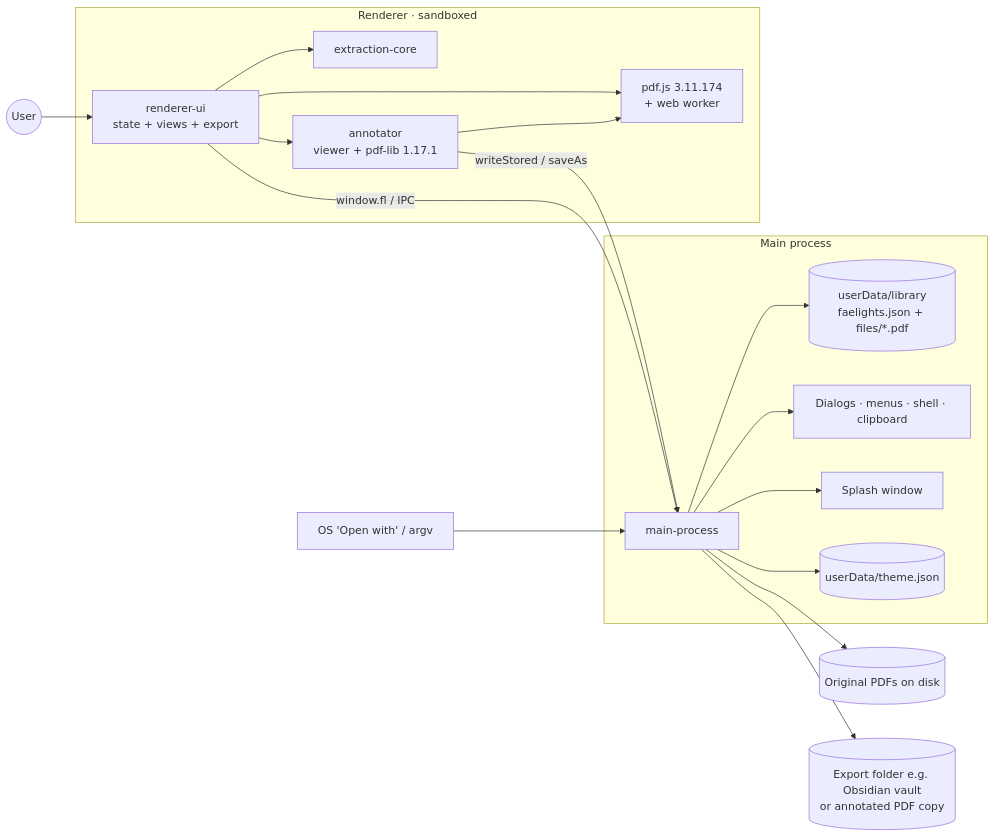
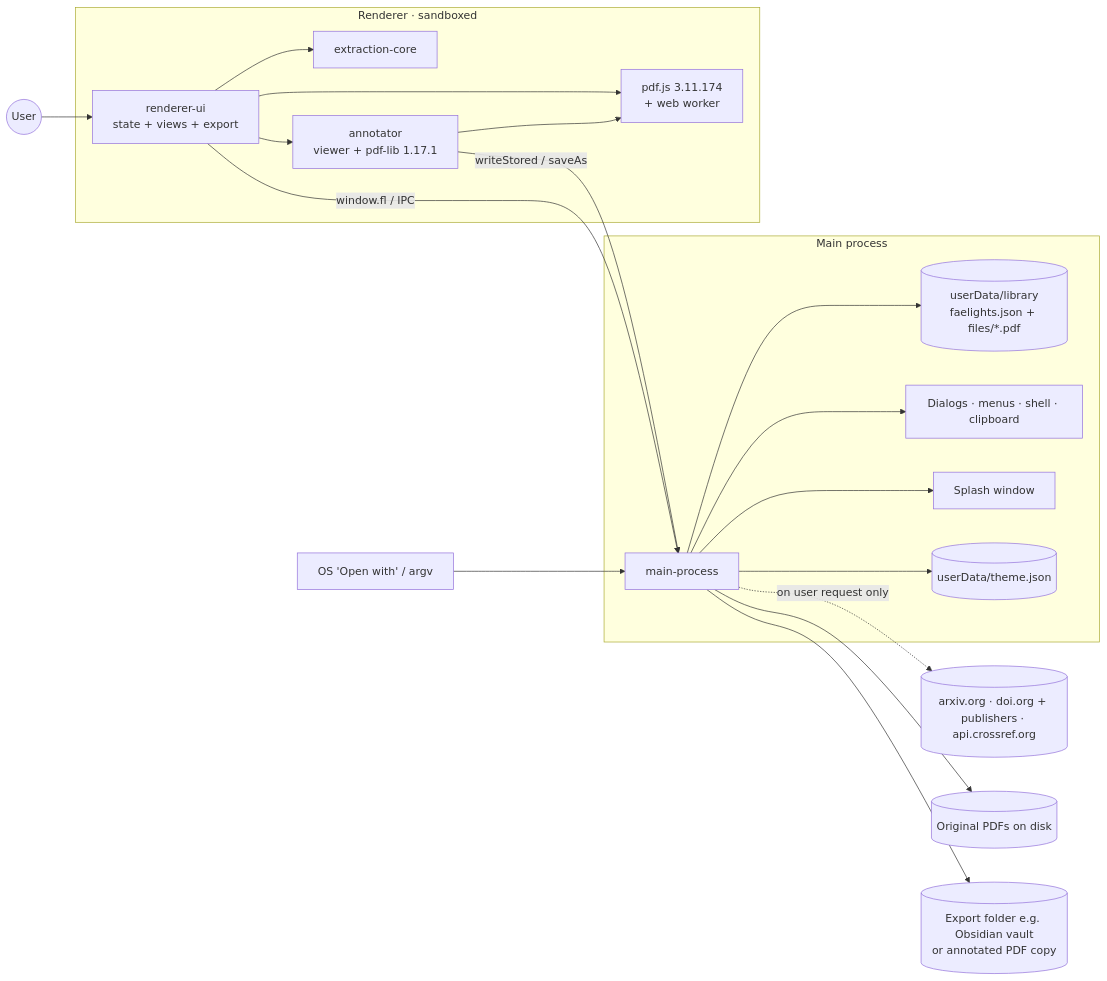
Before and after one commit to Lefarious/Faelights: the diagram in docs/PROJECT_COMPASS.md, drawn with Mermaid. The commit also changed other lines of this file and 7 other files, not shown here.

````diff
--- a/docs/PROJECT_COMPASS.md
+++ b/docs/PROJECT_COMPASS.md
@@ -23,21 +23,22 @@
 ```mermaid
 flowchart LR
   user((User)) --> UI
   subgraph Renderer [Renderer · sandboxed]
     UI[renderer-ui<br/>state + views + export] --> CORE[extraction-core]
     UI --> PDFJS[pdf.js 3.11.174<br/>+ web worker]
     UI --> ANN[annotator<br/>viewer + pdf-lib 1.17.1]
     ANN --> PDFJS
   end
   ANN -- writeStored / saveAs --> MAIN
   UI -- window.fl / IPC --> MAIN
   subgraph Main [Main process]
     MAIN[main-process] --> FS[(userData/library<br/>faelights.json + files/*.pdf)]
     MAIN --> OS[Dialogs · menus · shell · clipboard]
     MAIN --> SPLASH[Splash window]
     MAIN --> THEME[(userData/theme.json)]
   end
   OSOPEN[OS 'Open with' / argv] --> MAIN
+  MAIN -. on user request only .-> NET[(arxiv.org · doi.org + publishers · api.crossref.org)]
   MAIN --> SRC[(Original PDFs on disk)]
   MAIN --> EXPORT[(Export folder e.g. Obsidian vault<br/>or annotated PDF copy)]
 ```
````
